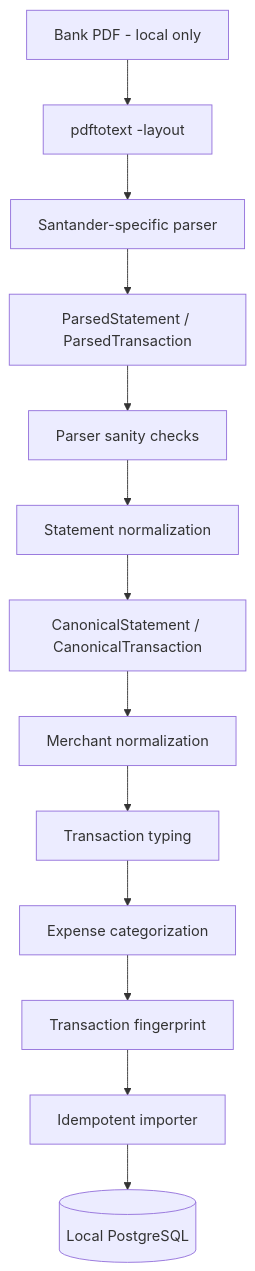
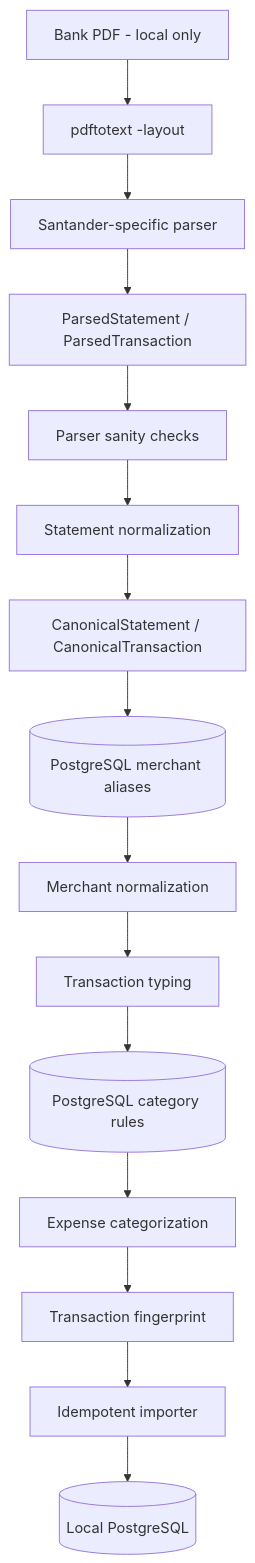
One commit to daniel-carneiro-nascimento/sherlock-home changed the first of 2 diagrams in docs/financial-data-flow.md. Above: the diagram before and after it, drawn with Mermaid. The commit also changed other lines of this file and 11 other files, not shown here.

````diff
--- a/docs/financial-data-flow.md
+++ b/docs/financial-data-flow.md
@@ -7,16 +7,18 @@
 ```mermaid
 flowchart TD
     PDF[Bank PDF - local only]
     PDF --> TEXT[pdftotext -layout]
     TEXT --> PARSER[Santander-specific parser]
     PARSER --> PARSED[ParsedStatement / ParsedTransaction]
     PARSED --> CHECK[Parser sanity checks]
     CHECK --> NORMALIZE[Statement normalization]
     NORMALIZE --> CANON[CanonicalStatement / CanonicalTransaction]
-    CANON --> MERCHANT[Merchant normalization]
+    CANON --> MALIAS[(PostgreSQL merchant aliases)]
+    MALIAS --> MERCHANT[Merchant normalization]
     MERCHANT --> TYPE[Transaction typing]
-    TYPE --> CATEGORY[Expense categorization]
+    TYPE --> CRULES[(PostgreSQL category rules)]
+    CRULES --> CATEGORY[Expense categorization]
     CATEGORY --> FP[Transaction fingerprint]
     FP --> IMPORT[Idempotent importer]
     IMPORT --> DB[(Local PostgreSQL)]
 ```
````
